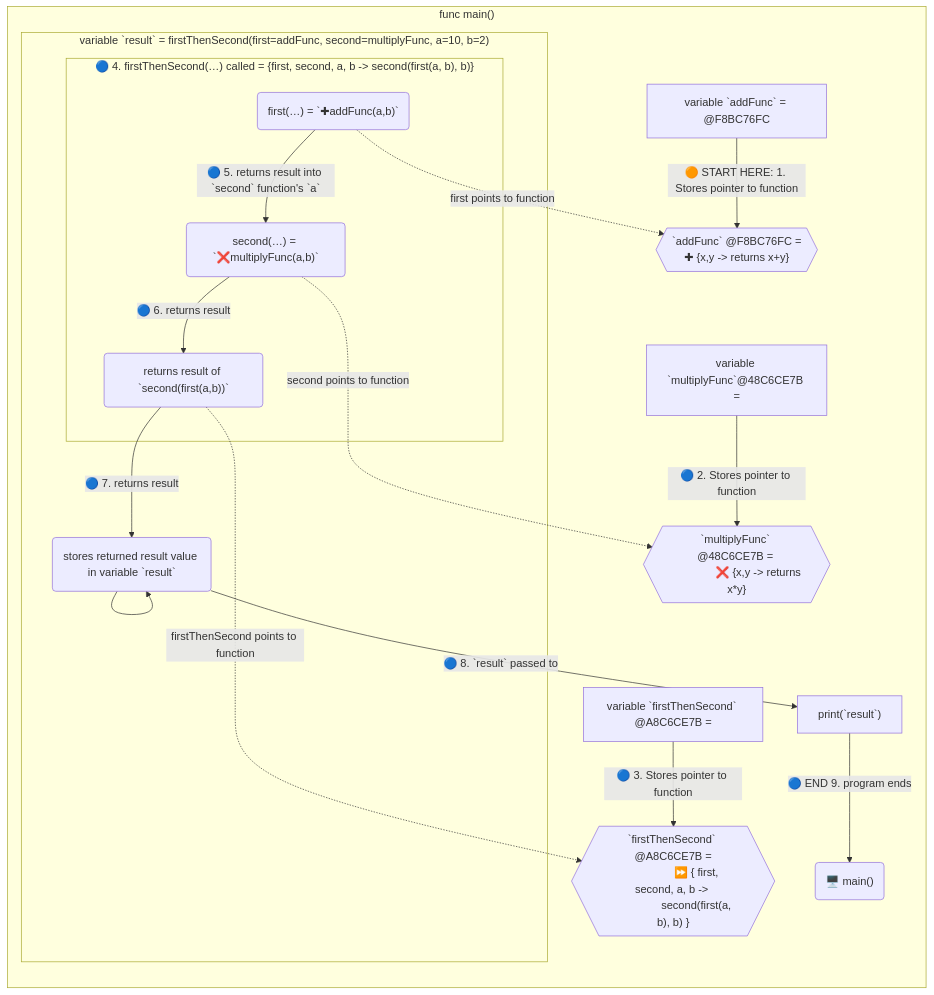
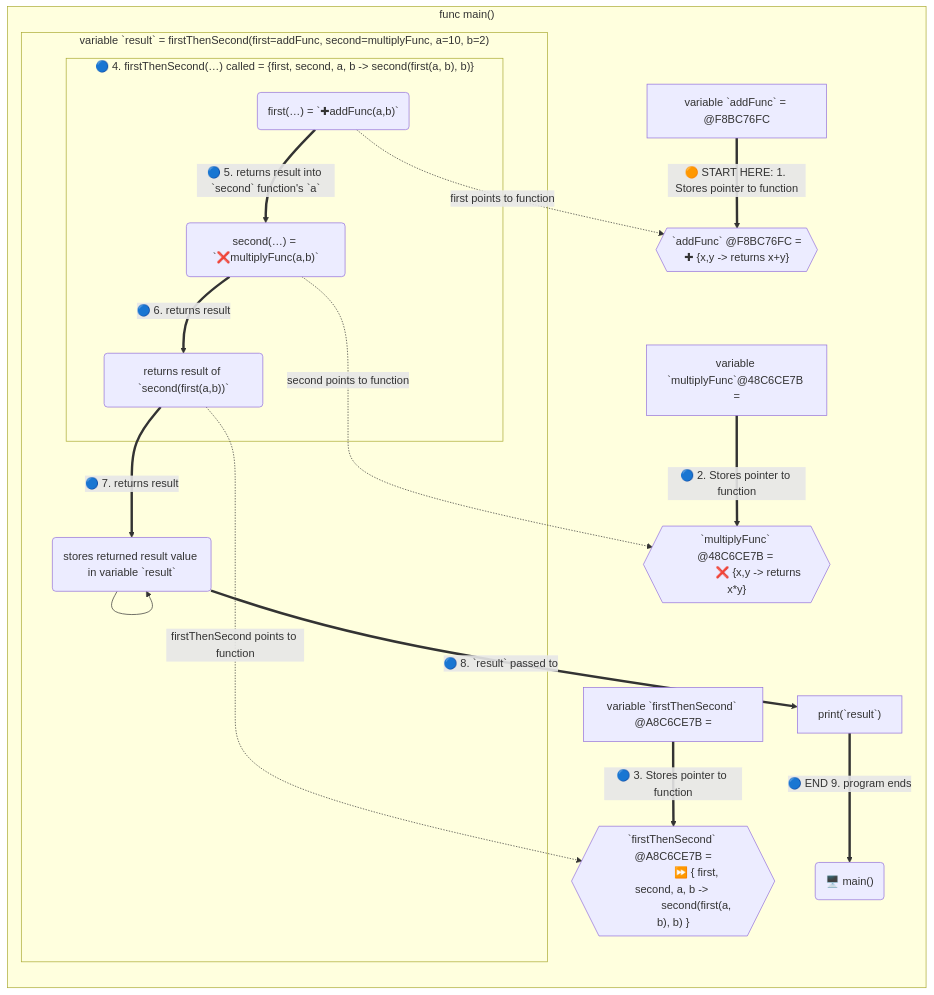
One commit to realityexpander/How_to_program_from_ground_up changed the diagram in 10-FunctionalProgramming.md. Above: the diagram before and after it, drawn with Mermaid.

Commit message:
improve diagram

````diff
--- a/10-FunctionalProgramming.md
+++ b/10-FunctionalProgramming.md
@@ -50,29 +50,29 @@
 ```mermaid
  flowchart LR
  
  subgraph main["func main()"]
-    X["variable `addFunc` = @F8BC76FC"] -->|🟠 START HERE: 1. Stores pointer to function| addFn{{" `addFunc` @F8BC76FC =
+    X["variable `addFunc` = @F8BC76FC"] ==>|🟠 START HERE: 1. Stores pointer to function| addFn{{" `addFunc` @F8BC76FC =
            ✚ {x,y -> returns x+y} "}}
-    Y["variable `multiplyFunc`@48C6CE7B ="] -->|🔵 2. Stores pointer to function| multiplyFn{{" `multiplyFunc` @48C6CE7B = 
+    Y["variable `multiplyFunc`@48C6CE7B ="] ==>|🔵 2. Stores pointer to function| multiplyFn{{" `multiplyFunc` @48C6CE7B = 
                 ❌ {x,y -> returns x*y}"}}
-    Z["variable `firstThenSecond` @A8C6CE7B ="] -->|🔵 3. Stores pointer to function| firstThenSecondFunc{{" `firstThenSecond` @A8C6CE7B =
+    Z["variable `firstThenSecond` @A8C6CE7B ="] ==>|🔵 3. Stores pointer to function| firstThenSecondFunc{{" `firstThenSecond` @A8C6CE7B =
                  ⏩ { first, second, a, b -> 
                  second(first(a, b), b) }"}}
     first -.->|first points to function| addFn
     second -..->|second points to function| multiplyFn
     D -...->|firstThenSecond points to function| firstThenSecondFunc
     subgraph result[" variable `result` = firstThenSecond(first=addFunc, second=multiplyFunc, a=10, b=2)"]
        subgraph firstThenSecond[" 🔵 4. firstThenSecond(…) called = {first, second, a, b -> second(first(a, b), b)}"]
-          first("first(…) = `✚addFunc(a,b)`")-->|🔵 5. returns result into `second` function's `a` | second
-          second("second(…) = `❌multiplyFunc(a,b)`") -->|🔵 6. returns result| D
+          first("first(…) = `✚addFunc(a,b)`")==>|🔵 5. returns result into `second` function's `a` | second
+          second("second(…) = `❌multiplyFunc(a,b)`") ==>|🔵 6. returns result| D
        end
-       D("returns result of `second(first(a,b))`") -->|🔵 7. returns result| E
+       D("returns result of `second(first(a,b))`") ==>|🔵 7. returns result| E
     end
-    E("stores returned result value in variable `result`") -->|🔵 8. `result` passed to| F
+    E("stores returned result value in variable `result`") ==>|🔵 8. `result` passed to| F
     E --> E
-    F["print(`result`)"] -->|🔵 END 9. program ends| G
+    F["print(`result`)"]==>|🔵 END 9. program ends| G
  end
  G("🖥️ main()")
  
  
  ```
````
